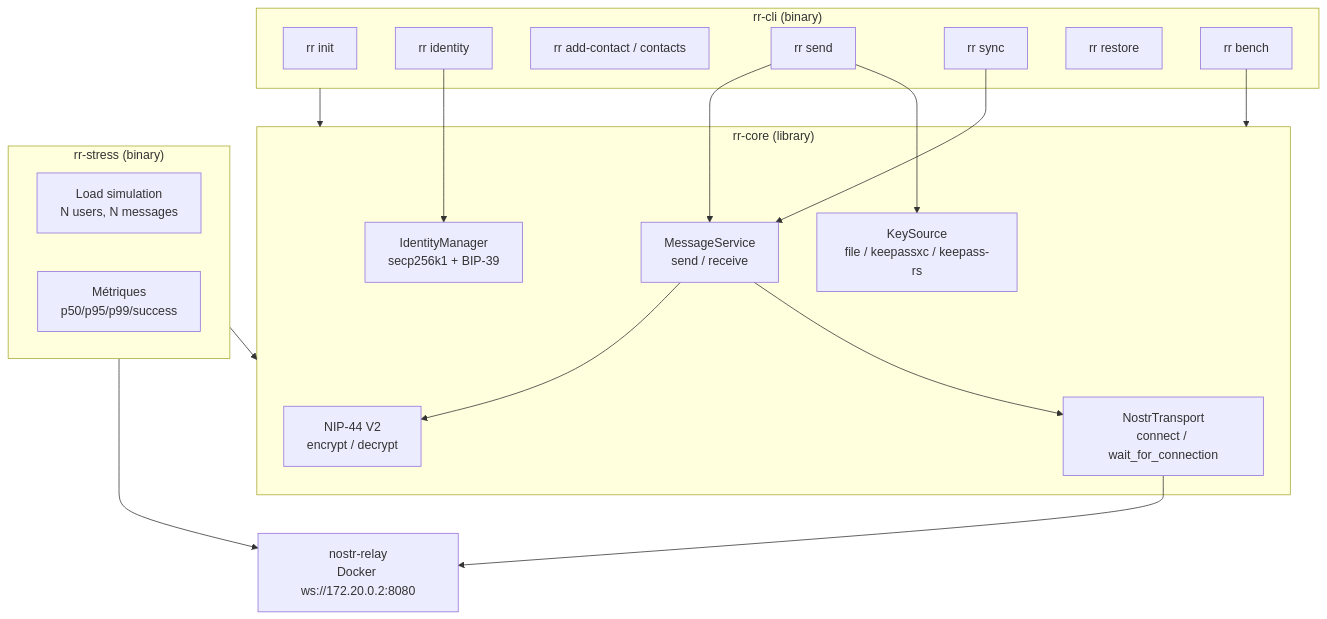
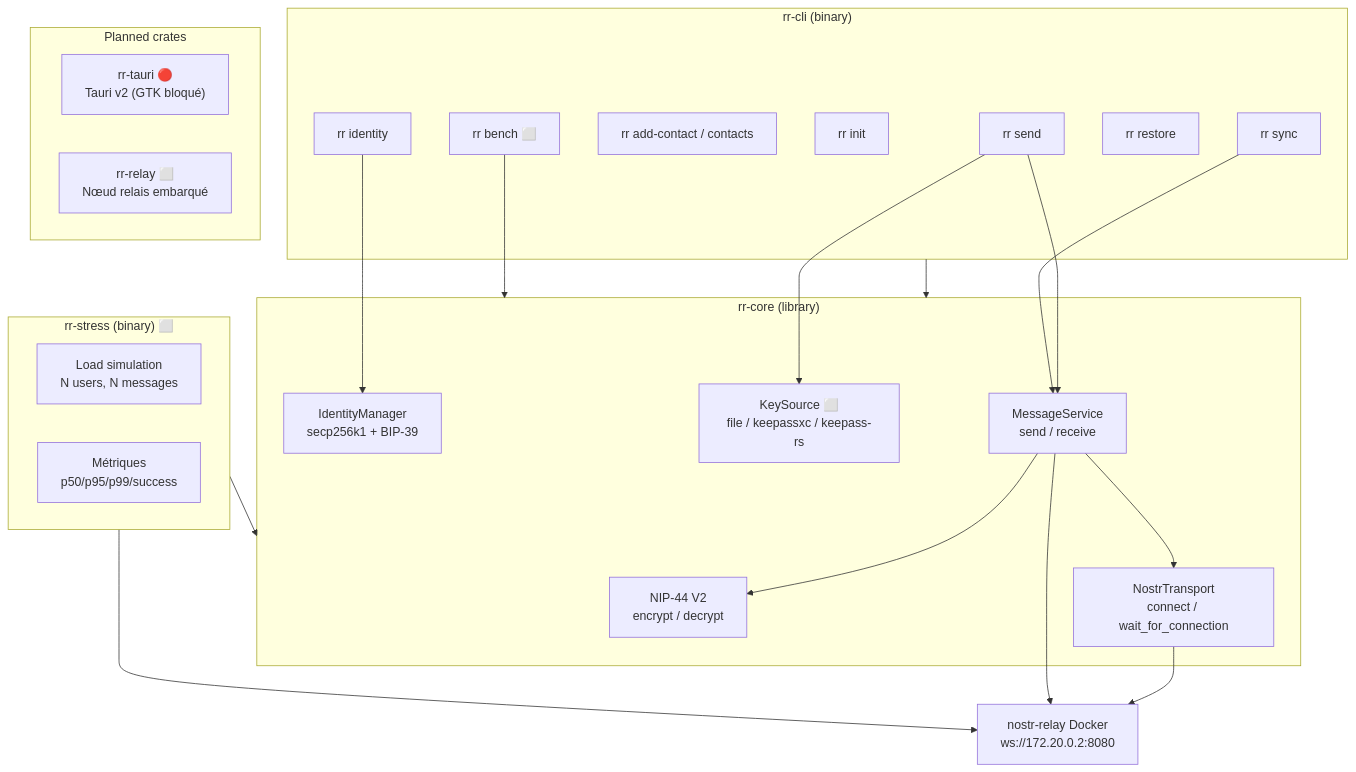
The first of 13 diagrams in docs/ARCHITECTURE.md (giak/reseau-racine), drawn with Mermaid before and after one commit. The commit also changed other lines of this file, not shown here.

Commit message:
docs: full ARCHITECTURE.md — all epics, CI, devcontainer, fuzz, identity lifecycle

````diff
--- a/docs/ARCHITECTURE.md
+++ b/docs/ARCHITECTURE.md
@@ -5,37 +20,43 @@
 ```mermaid
 graph TB
     subgraph CLI["rr-cli (binary)"]
         INIT["rr init"]
         IDENTITY["rr identity"]
         CONTACTS["rr add-contact / contacts"]
         SEND["rr send"]
         SYNC["rr sync"]
         RESTORE["rr restore"]
-        BENCH["rr bench"]
+        BENCH["rr bench ⬜"]
     end
 
     subgraph CORE["rr-core (library)"]
         CRYPTO["NIP-44 V2<br/>encrypt / decrypt"]
         ID["IdentityManager<br/>secp256k1 + BIP-39"]
         MSG["MessageService<br/>send / receive"]
         TRANS["NostrTransport<br/>connect / wait_for_connection"]
-        KEYSTORE["KeySource<br/>file / keepassxc / keepass-rs"]
+        KEYSTORE["KeySource ⬜<br/>file / keepassxc / keepass-rs"]
     end
 
-    subgraph STRESS["rr-stress (binary)"]
+    subgraph STRESS["rr-stress (binary) ⬜"]
         LOAD["Load simulation<br/>N users, N messages"]
         METRICS["Métriques<br/>p50/p95/p99/success"]
+    end
+
+    subgraph FUTURE["Planned crates"]
+        TAURI["rr-tauri 🔴<br/>Tauri v2 (GTK bloqué)"]
+        RELAY_NODE["rr-relay ⬜<br/>Nœud relais embarqué"]
     end
 
     SEND --> MSG
     SYNC --> MSG
     MSG --> CRYPTO
     MSG --> TRANS
     SEND --> KEYSTORE
     IDENTITY --> ID
     CLI --> CORE
+    BENCH --> CORE
     STRESS --> CORE
-    STRESS --> RELAY
-    TRANS --> RELAY["nostr-relay<br/>Docker ws://172.20.0.2:8080"]
-    BENCH --> CORE
+    STRESS --> DOCKER_RELAY
+    TRANS --> DOCKER_RELAY["nostr-relay Docker<br/>ws://172.20.0.2:8080"]
+    MSG --> DOCKER_RELAY
 ```
````
